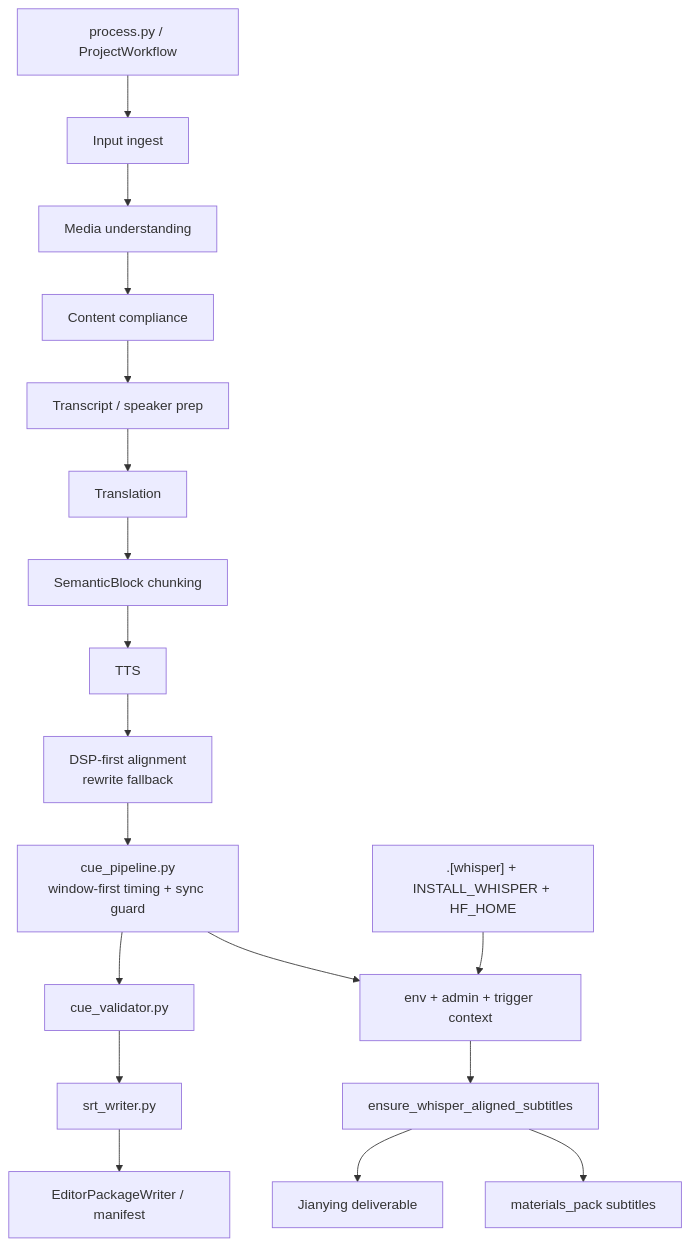
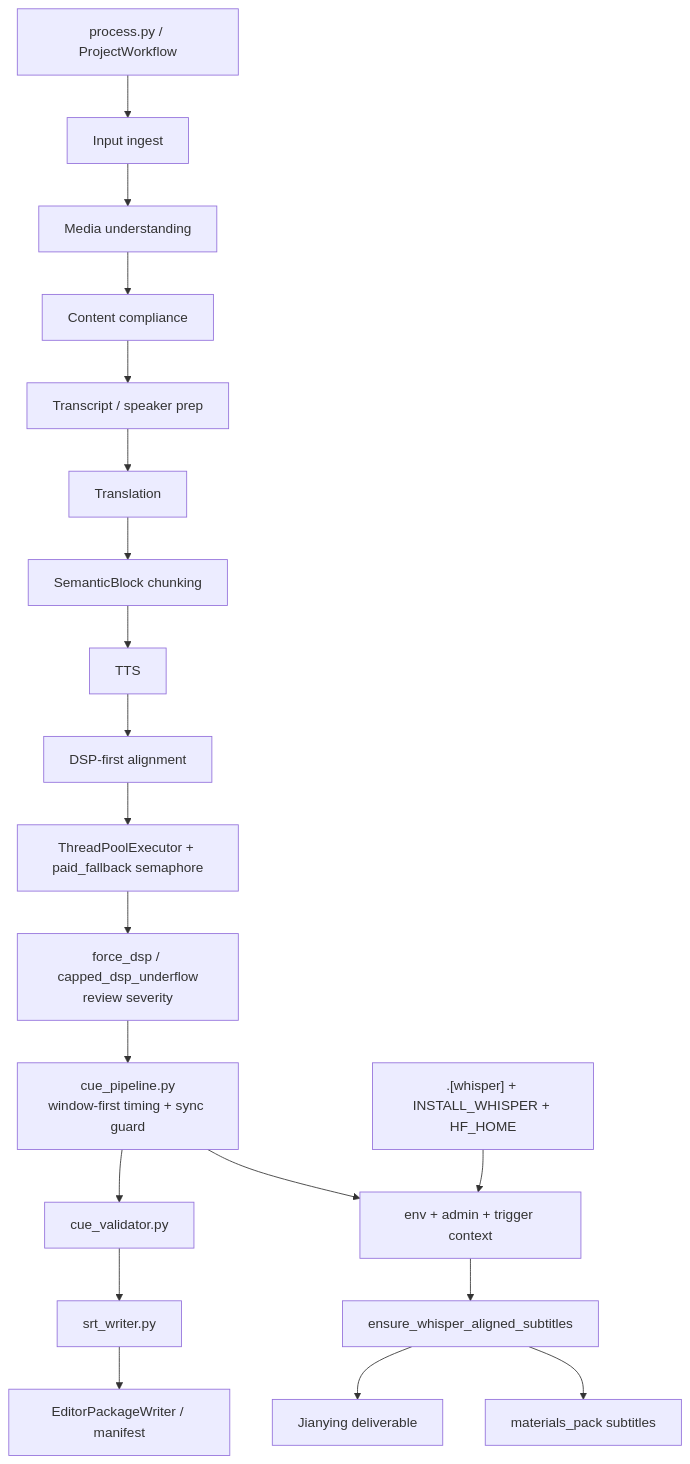
The diagram in docs/graphs/GITNEXUS_WORKFLOW_CORE_GRAPH.md (sun9bear/AITransVideo), drawn with Mermaid before and after one commit. The commit also changed other lines of this file and 9 other files, not shown here.

Commit message:
docs(graphs): refresh GitNexus graphs to 78eea96

````diff
--- a/docs/graphs/GITNEXUS_WORKFLOW_CORE_GRAPH.md
+++ b/docs/graphs/GITNEXUS_WORKFLOW_CORE_GRAPH.md
@@ -16,22 +16,24 @@
 ```mermaid
 graph TD
     Entry["process.py / ProjectWorkflow"] --> Ingestion["Input ingest"]
     Ingestion --> Media["Media understanding"]
     Media --> Compliance["Content compliance"]
     Compliance --> Transcript["Transcript / speaker prep"]
     Transcript --> Translation["Translation"]
     Translation --> Blocks["SemanticBlock chunking"]
     Blocks --> TTS["TTS"]
-    TTS --> Alignment["DSP-first alignment<br/>rewrite fallback"]
+    TTS --> Alignment["DSP-first alignment"]
+    Alignment --> Parallel["ThreadPoolExecutor + paid_fallback semaphore"]
+    Parallel --> ForceDSP["force_dsp / capped_dsp_underflow<br/>review severity"]
 
-    Alignment --> CueGate["cue_pipeline.py<br/>window-first timing + sync guard"]
+    ForceDSP --> CueGate["cue_pipeline.py<br/>window-first timing + sync guard"]
     CueGate --> Validator["cue_validator.py"]
     Validator --> SRT["srt_writer.py"]
     SRT --> Editor["EditorPackageWriter / manifest"]
 
     WhisperCap[".[whisper] + INSTALL_WHISPER + HF_HOME"] --> WhisperGate["env + admin + trigger context"]
     CueGate --> WhisperGate
     WhisperGate --> DeliverableEnsure["ensure_whisper_aligned_subtitles"]
     DeliverableEnsure --> JDraft["Jianying deliverable"]
     DeliverableEnsure --> Pack["materials_pack subtitles"]
 ```
````
